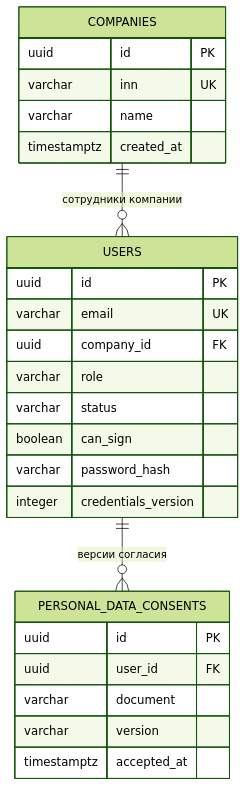
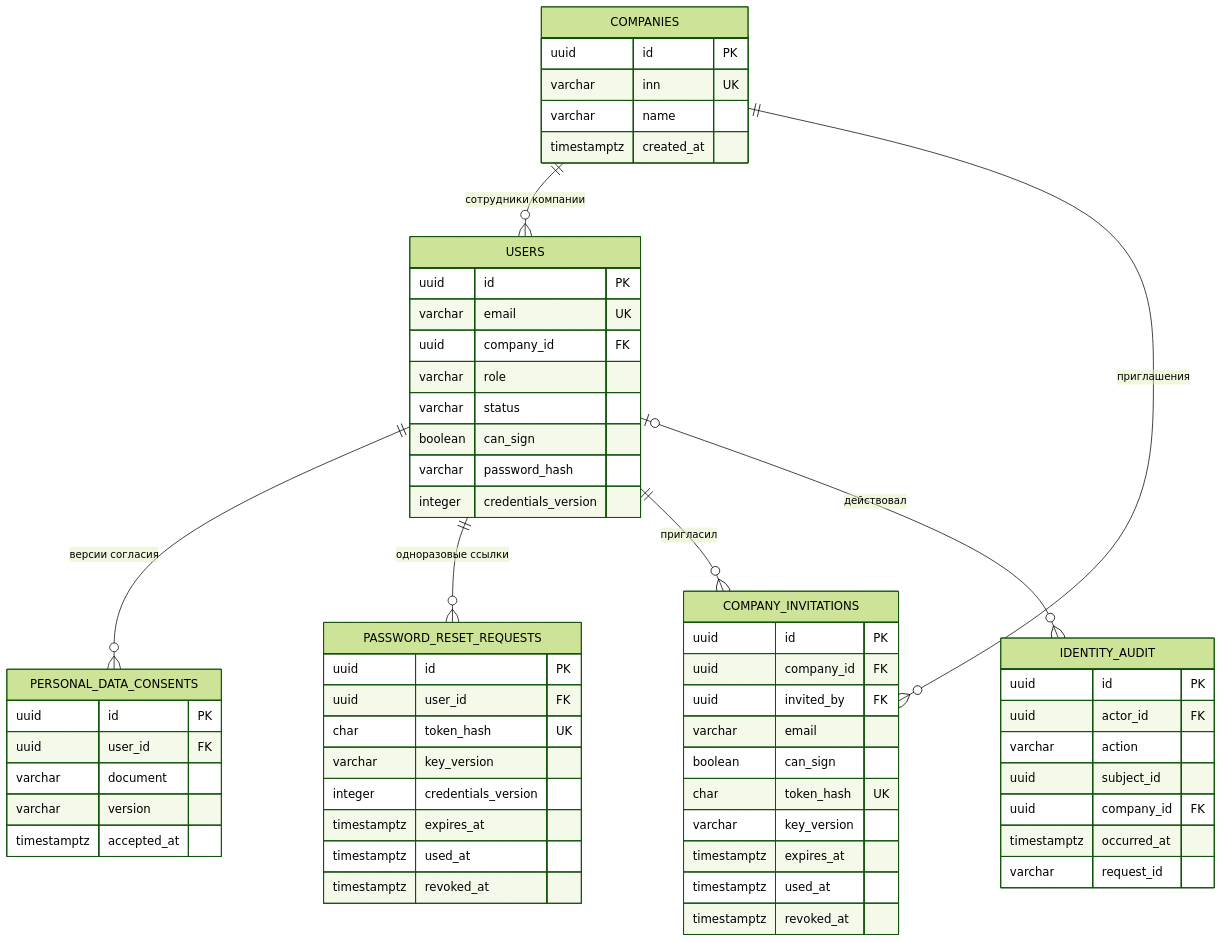
One commit to AndrewSkrypov/smart-credit-cabinet changed the first of 3 diagrams in docs/data-model.md. Above: the diagram before and after it, drawn with Mermaid (forest theme). The commit also changed other lines of this file and 238 other files, not shown here.

````diff
--- a/docs/data-model.md
+++ b/docs/data-model.md
@@ -9,28 +25,63 @@
 ```mermaid
 erDiagram
     COMPANIES ||--o{ USERS : "сотрудники компании"
     USERS ||--o{ PERSONAL_DATA_CONSENTS : "версии согласия"
+    USERS ||--o{ PASSWORD_RESET_REQUESTS : "одноразовые ссылки"
+    COMPANIES ||--o{ COMPANY_INVITATIONS : "приглашения"
+    USERS ||--o{ COMPANY_INVITATIONS : "пригласил"
+    USERS |o--o{ IDENTITY_AUDIT : "действовал"
     COMPANIES {
         uuid id PK
         varchar inn UK
         varchar name
         timestamptz created_at
     }
     USERS {
         uuid id PK
         varchar email UK
         uuid company_id FK
         varchar role
         varchar status
         boolean can_sign
         varchar password_hash
         integer credentials_version
     }
     PERSONAL_DATA_CONSENTS {
         uuid id PK
         uuid user_id FK
         varchar document
         varchar version
         timestamptz accepted_at
     }
+    PASSWORD_RESET_REQUESTS {
+        uuid id PK
+        uuid user_id FK
+        char token_hash UK
+        varchar key_version
+        integer credentials_version
+        timestamptz expires_at
+        timestamptz used_at
+        timestamptz revoked_at
+    }
+    COMPANY_INVITATIONS {
+        uuid id PK
+        uuid company_id FK
+        uuid invited_by FK
+        varchar email
+        boolean can_sign
+        char token_hash UK
+        varchar key_version
+        timestamptz expires_at
+        timestamptz used_at
+        timestamptz revoked_at
+    }
+    IDENTITY_AUDIT {
+        uuid id PK
+        uuid actor_id FK
+        varchar action
+        uuid subject_id
+        uuid company_id FK
+        timestamptz occurred_at
+        varchar request_id
+    }
 ```
````
